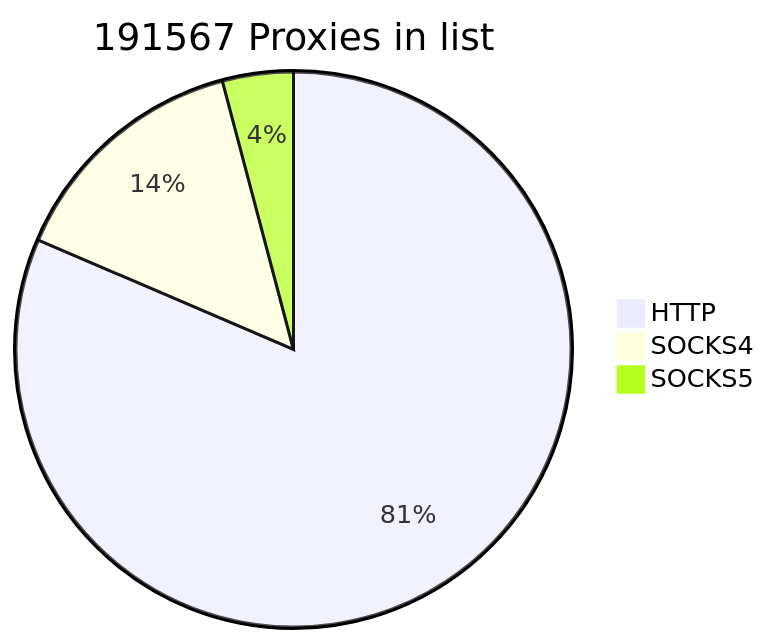
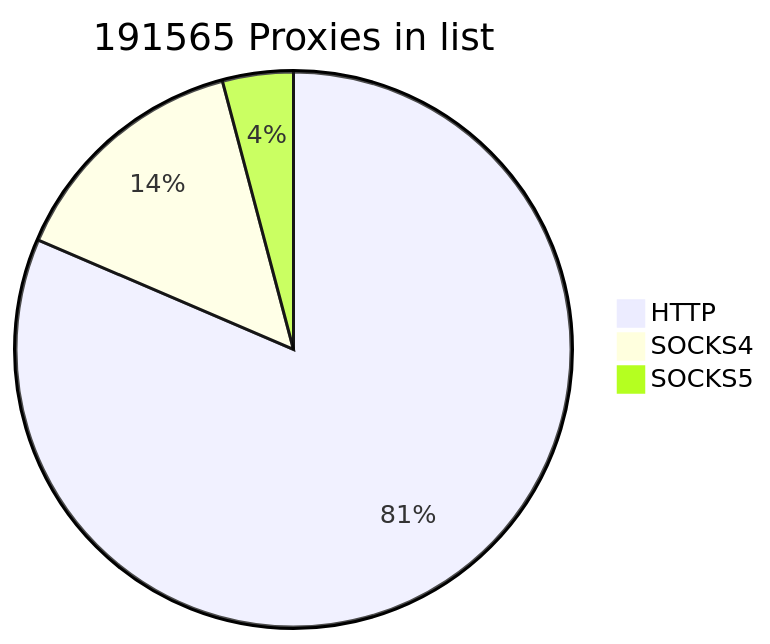
Before and after one commit to cutipu/proxylist: the first of 2 diagrams in README.md, drawn with Mermaid. The commit also changed other lines of this file, not shown here.

````diff
--- a/README.md
+++ b/README.md
@@ -2,7 +2,7 @@
 ```mermaid
-pie title 191567 Proxies in list
+pie title 191565 Proxies in list
     "HTTP" : 156028
-    "SOCKS4" : 27645
-    "SOCKS5" : 7894
+    "SOCKS4" : 27644
+    "SOCKS5" : 7893
             
 ```
````
